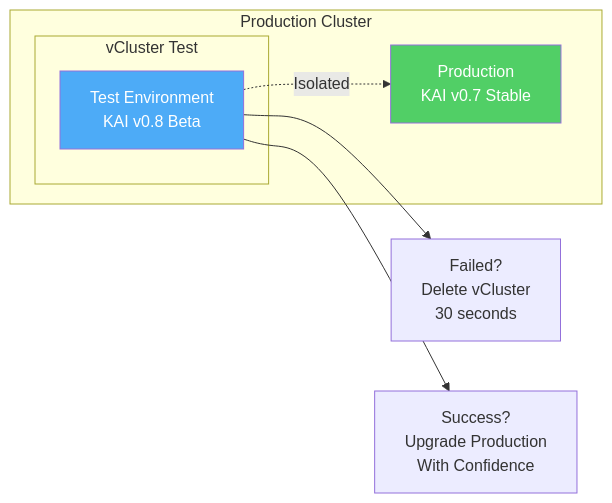
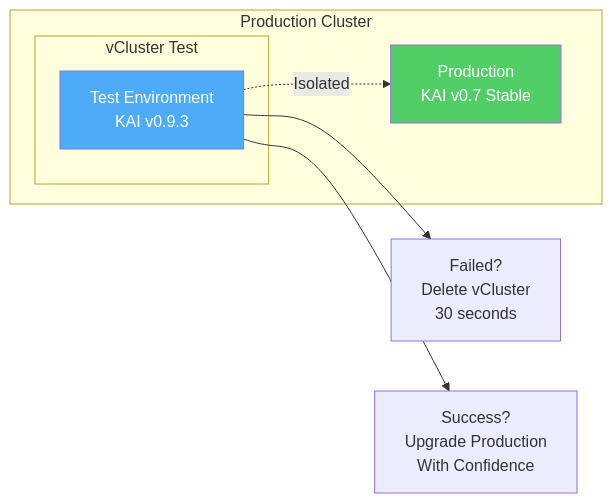
Before and after one commit to Piotr1215/youtube: the fourth of 5 diagrams in kai-scheduler/presentation.md, drawn with Mermaid. The commit also changed other lines of this file and 4 other files, not shown here.

````diff
--- a/kai-scheduler/presentation.md
+++ b/kai-scheduler/presentation.md
@@ -227,21 +226,21 @@
 ```mermaid +render
 graph LR
     subgraph "Production Cluster"
         subgraph "vCluster Test"
-            TEST["Test Environment<br/>KAI v0.8 Beta"]
+            TEST["Test Environment<br/>KAI v0.9.3"]
         end
 
         PROD["Production<br/>KAI v0.7 Stable"]
 
         TEST -.->|"Isolated"| PROD
     end
 
     ROLLBACK["Failed?<br/>Delete vCluster<br/>30 seconds"]
     SUCCESS["Success?<br/>Upgrade Production<br/>With Confidence"]
 
     TEST --> ROLLBACK
     TEST --> SUCCESS
 
     style TEST fill:#4dabf7,color:#fff
     style PROD fill:#51cf66,color:#fff
 ```
````
